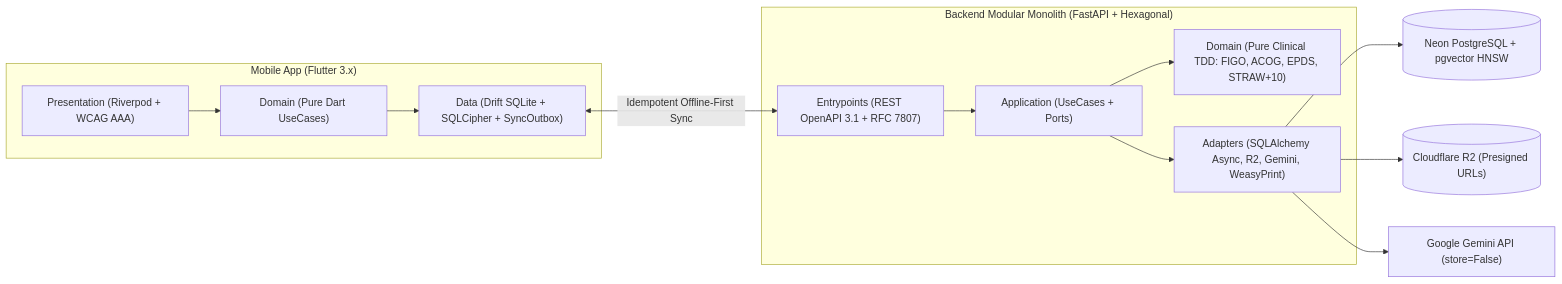
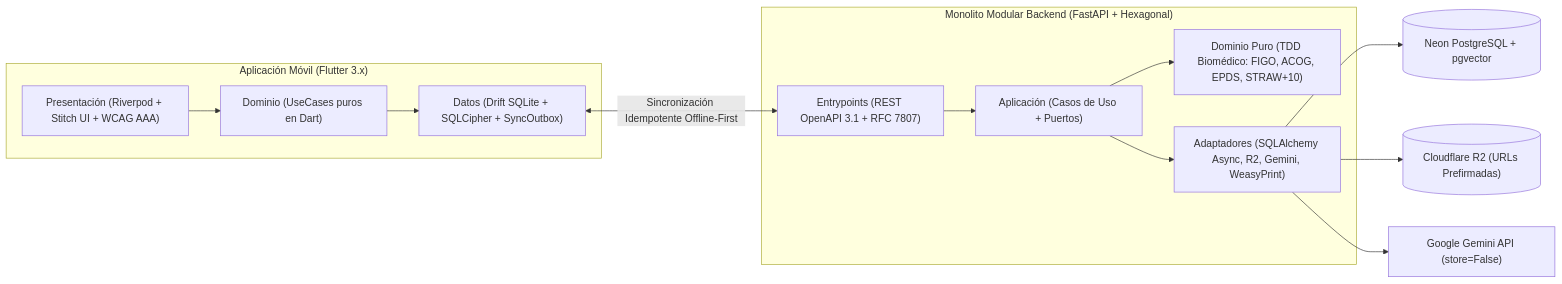
One commit to eduardoevz/Cora changed the diagram in README.md. Above: the diagram before and after it, drawn with Mermaid. The commit also changed other lines of this file, not shown here.

````diff
--- a/README.md
+++ b/README.md
@@ -28,23 +55,23 @@
 ```mermaid
 flowchart LR
-    subgraph Client["Mobile App (Flutter 3.x)"]
-        RP["Presentation (Riverpod + WCAG AAA)"]
-        DM["Domain (Pure Dart UseCases)"]
-        DR["Data (Drift SQLite + SQLCipher + SyncOutbox)"]
+    subgraph Client["Aplicación Móvil (Flutter 3.x)"]
+        RP["Presentación (Riverpod + Stitch UI + WCAG AAA)"]
+        DM["Dominio (UseCases puros en Dart)"]
+        DR["Datos (Drift SQLite + SQLCipher + SyncOutbox)"]
         RP --> DM --> DR
     end
 
-    subgraph API["Backend Modular Monolith (FastAPI + Hexagonal)"]
+    subgraph API["Monolito Modular Backend (FastAPI + Hexagonal)"]
         EP["Entrypoints (REST OpenAPI 3.1 + RFC 7807)"]
-        AP["Application (UseCases + Ports)"]
-        DO["Domain (Pure Clinical TDD: FIGO, ACOG, EPDS, STRAW+10)"]
-        AD["Adapters (SQLAlchemy Async, R2, Gemini, WeasyPrint)"]
+        AP["Aplicación (Casos de Uso + Puertos)"]
+        DO["Dominio Puro (TDD Biomédico: FIGO, ACOG, EPDS, STRAW+10)"]
+        AD["Adaptadores (SQLAlchemy Async, R2, Gemini, WeasyPrint)"]
         EP --> AP --> DO
         AP --> AD
     end
 
-    DR <-->|"Idempotent Offline-First Sync"| EP
-    AD --> PG[("Neon PostgreSQL + pgvector HNSW")]
-    AD --> R2[("Cloudflare R2 (Presigned URLs)")]
+    DR <-->|"Sincronización Idempotente Offline-First"| EP
+    AD --> PG[("Neon PostgreSQL + pgvector")]
+    AD --> R2[("Cloudflare R2 (URLs Prefirmadas)")]
     AD --> GM["Google Gemini API (store=False)"]
 ```
````
